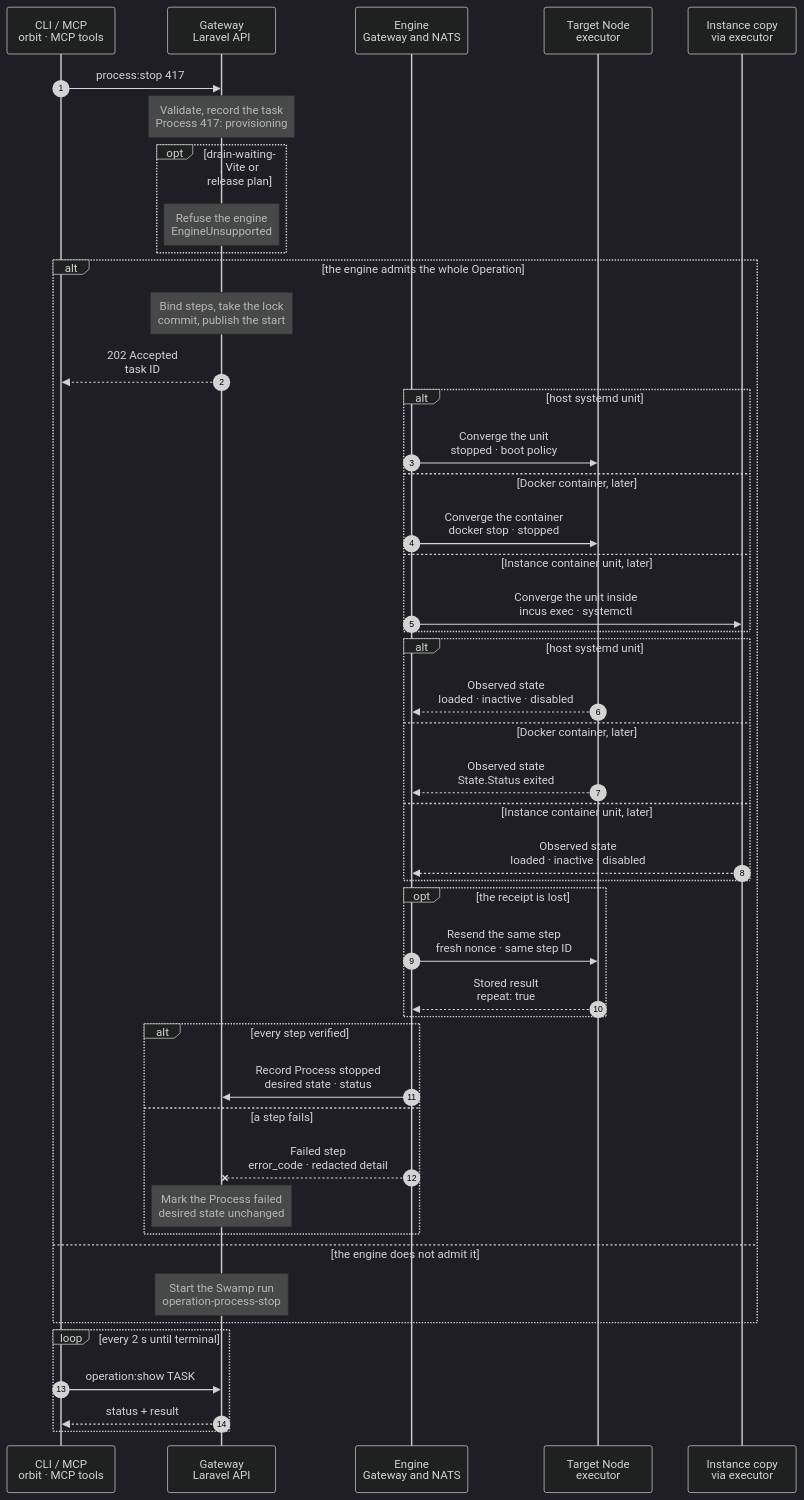
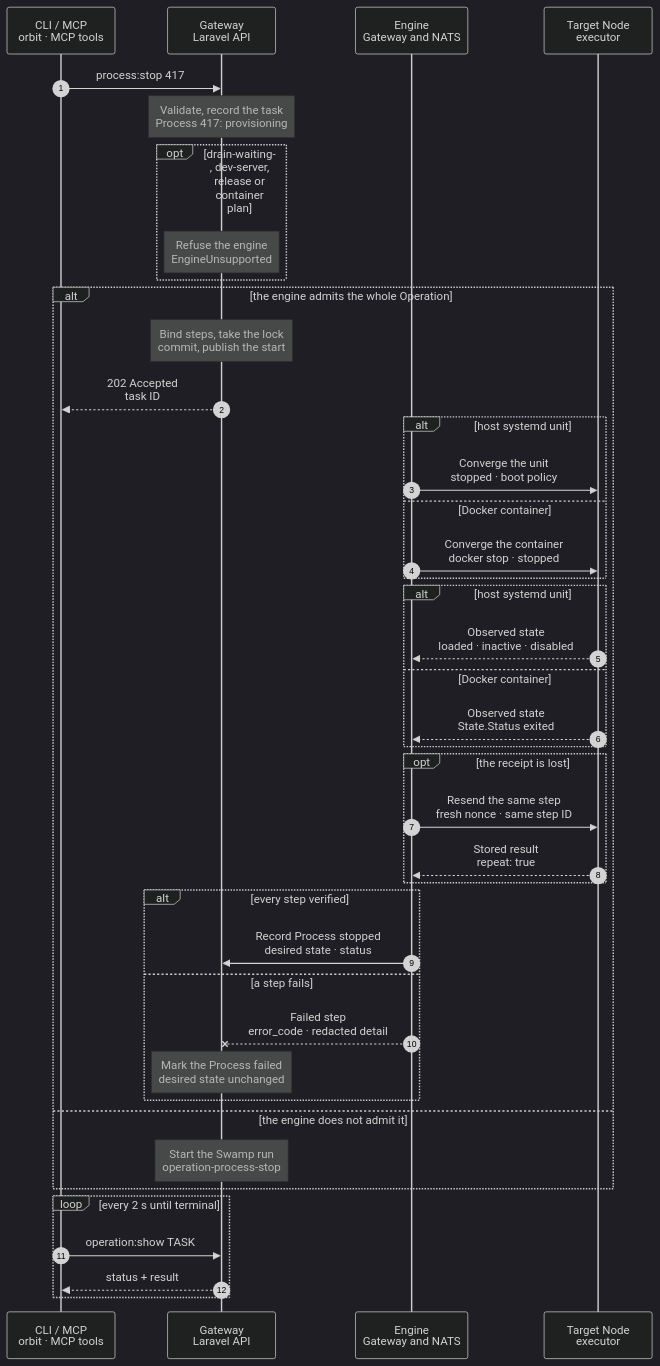
One commit to hardimpactdev/orbit changed the diagram in docs/cli/process/engine/stop.mmd. Above: the diagram before and after it, drawn with Mermaid (dark theme). The commit also changed 9 other files, not shown here.

Commit message:
Update the process and schedule engine charts and pages to the built flows; bind each process order to its target slot

```diff
--- a/docs/cli/process/engine/stop.mmd
+++ b/docs/cli/process/engine/stop.mmd
@@ -1,86 +1,82 @@
 sequenceDiagram
-  %% process.stop on the Gateway engine: one `process` family on the Process's Node, one desired-state primitive for every runtime. Design for ADR 0267 and ADR 0271; no engine flow exists yet. Step names describe effects; the implementation settles action names unless an existing action is named.
-  %% Rollout order: host systemd units first; Docker containers and Instance-container units join the same primitive later, each when its read-back is proven. Until a runtime is covered, its Process throws EngineUnsupported and runs on Swamp.
-  %% status: draft
+  %% process.stop on the Gateway engine: one `process` family on the Process's Node, one desired-state primitive, `process.ensure_state`, for a host systemd unit and a host Docker container (ADR 0267, ADR 0271; ProcessControlEngineFlow). Runtime proof on a nested fleet is pending.
+  %% Covered: host systemd units and host Docker containers. A unit in an Instance container stays on Swamp: Swamp first moves the container's app account with a script, which no fixed argv reproduces, so the engine refuses it at admission (EngineUnsupported).
+  %% status: built
   %% command: process:stop
   %% kind: process.stop
   autonumber
   %% lane CLI icon=terminal pill=caller tone=gray
   %% lane GW icon=gateway pill=intent tone=blue
   %% lane EN icon=workflow pill=engine tone=purple
   %% lane N icon=server pill=executor tone=amber
-  %% lane C icon=server pill=container tone=green
   participant CLI as CLI / MCP<br/>orbit · MCP tools
   participant GW as Gateway<br/>Laravel API
   participant EN as Engine<br/>Gateway and NATS
   participant N as Target Node<br/>executor
-  participant C as Instance copy<br/>via executor
   CLI->>GW: process:stop 417
   Note over GW: Validate, record the task<br/>Process 417: provisioning
   %%> Same admission as process/stop.mmd: access to the Process's Node, a Process not being removed; the intent carries unit or container name, runtime, on-demand flag and Instance container
-  opt drain-waiting, Vite or release plan
+  opt drain-waiting, dev-server, release or container plan
     Note over GW: Refuse the engine<br/>EngineUnsupported
     %%> - a stop that waits for a drain, whatever its placement: a host systemd Process that runs Horizon (`GatewayHorizon::runs` with no Instance, whose unit carries the long-drain stop directives of SystemdProcessRenderer) and a Gateway release-container Process (Horizon, the scheduler)
     %%> - a Vite dev Process (`vite_plan`: dev route, listener, awake marker) and a production release layout
+    %%> - decided from the Process and its placement, for both verbs, never from start-only intent fields: a `vp-dev` or `vite` Process, a Process of an Instance not placed on app-dev, any intent with a `container` (an Instance container, whose app-account move is a script, or a Gateway release container), a Gateway release-host Process (`GatewayReleaseHost::hasProcess`) and a host Horizon Process
     %%> - decided at admission, before any order: the engine admits nothing, and the whole Operation takes the Swamp branch below
   end
   alt the engine admits the whole Operation
     %%> Admission, one decision per Operation (EngineKinds::routes):
     %%> - `process.stop` is in `ORBIT_ENGINE_KINDS`
     %%> - every Node a step touches reports its action in `$KV.NODES`: the `process` family's desired-state action (one name for start and stop)
     %%> - the flow accepts the plan shape; a part it does not cover throws `EngineUnsupported` before any order
-    %%> - eligible plans, in rollout order: host systemd; then Docker; then a unit in an Instance container
+    %%> - eligible plans: a host systemd unit or a host Docker container of a Node Process or an app-dev Instance Process
     Note over GW: Bind steps, take the lock<br/>commit, publish the start
-    %%> - the step rows and the Operation lock commit in one transaction before the start event; an Operation never moves between engines after this
+    %%> - the step rows and the Operation lock `process:<id>` commit in one transaction before the start event; an Operation never moves between engines after this
+    %%> - binding refuses `operation.target_busy` while another open Operation, on either engine, acts on the Process; while the lock is held, admission of any other Process verb refuses `operation.target_busy`
     GW-->>CLI: 202 Accepted<br/>task ID
     alt host systemd unit
       EN->>N: Converge the unit<br/>stopped · boot policy
       %%> Desired state: the unit is stopped and disabled at boot, as Swamp's `Set boot policy` / `Stop the Process` applies it; the admitted boot policy is an input of the step; an already-stopped unit only gets its boot policy
       %%> Target: the Process (`process-<id>`), so two orders for one Process run one after the other
-    else Docker container, later
+    else Docker container
       EN->>N: Converge the container<br/>docker stop · stopped
       %%> `docker container stop` only when the state differs; an already-stopped container changes nothing
-    else Instance container unit, later
-      EN->>C: Converge the unit inside<br/>incus exec · systemctl
-      %%> A nonblocking systemd job, then bounded readiness reads (5 s each, 10 tries 1 s apart), as `operation-process-container`; a stopped container fails the step, its next deployment starts it
     end
     alt host systemd unit
       N-->>EN: Observed state<br/>loaded · inactive · disabled
       %%> Read-back: LoadState=loaded, ActiveState=inactive exactly (`failed` or any other state fails the step), UnitFileState=disabled
-    else Docker container, later
+    else Docker container
       N-->>EN: Observed state<br/>State.Status exited
-      %%> Read-back: `docker inspect` State.Status is `exited`; `created` or any other status fails the step
-    else Instance container unit, later
-      C-->>EN: Observed state<br/>loaded · inactive · disabled
-      %%> Read-back inside the copy: LoadState=loaded, ActiveState=inactive exactly, UnitFileState=disabled
+      %%> Read-back: `docker container inspect` of the exact saved name answers that name, State.Status `exited` (`created` or any other status fails the step) and the admitted image
     end
-    %%> A mismatch fails the step (`process.state_mismatch`), as the native assert does; success is projected only from this read-back
+    %%> A read that systemd answers without one of LoadState, ActiveState, SubState or UnitFileState never counts as that value: the step fails
+    %%> The step fails with its own code: `process.state_mismatch` after the change, `process.unit_missing`, `process.container_missing`, `process.apply_failed` or `process.input_invalid`; success is projected only from this read-back
+    %%> The Operation records what Swamp's failed native check records: `operation.native_failed`, with the Swamp step the code stands for (`Verify the state`, `Start the Process`, `Stop the container` …) as its failed step; the step's own code stays on the engine step and in the failure's detail
     %%> `applied` is 0 when nothing changed, so a repeat after a crash reports the same end state
     opt the receipt is lost
       EN->>N: Resend the same step<br/>fresh nonce · same step ID
       %%> When:
       %%> - the step passes its resend deadline with no receipt; two sends, one execution
       %%> - the Operation keeps its lock, so Process 417 stays fenced; no other Operation and no Swamp run acts on it meanwhile
       %%> On the Node:
       %%> - the journal holds `done` for this Operation step, action and target: the executor answers the stored result with `repeat: true` and does not act again
       %%> - an order still `open` replays under the target lock first; an order that expired before the lock did nothing (`executor.order_expired`), and the step is sent again
       N-->>EN: Stored result<br/>repeat: true
     end
     alt every step verified
       EN->>GW: Record Process stopped<br/>desired state · status
       %%> - the kind's own projection records the result, the same rows a Swamp run records
     else a step fails
       EN--xGW: Failed step<br/>error_code · redacted detail
       %%> - a deterministic refusal is a terminal receipt too; the journal keeps it and a resend repeats it
       Note over GW: Mark the Process failed<br/>desired state unchanged
       %%> - no rollback and nothing to clean up; the same command converges again after the cause is fixed
     end
   else the engine does not admit it
     Note over GW: Start the Swamp run<br/>operation-process-stop
     %%> - the kind is not enabled, a Node lacks the action, `$KV.NODES` is unreadable, or the flow throws `EngineUnsupported`: the whole Operation runs operation-process-stop (process/stop.mmd)
     %%> - no step of it runs on the engine; an Operation never splits across engines
   end
   loop every 2 s until terminal
     CLI->>GW: operation:show TASK
     GW-->>CLI: status + result
   end
```
